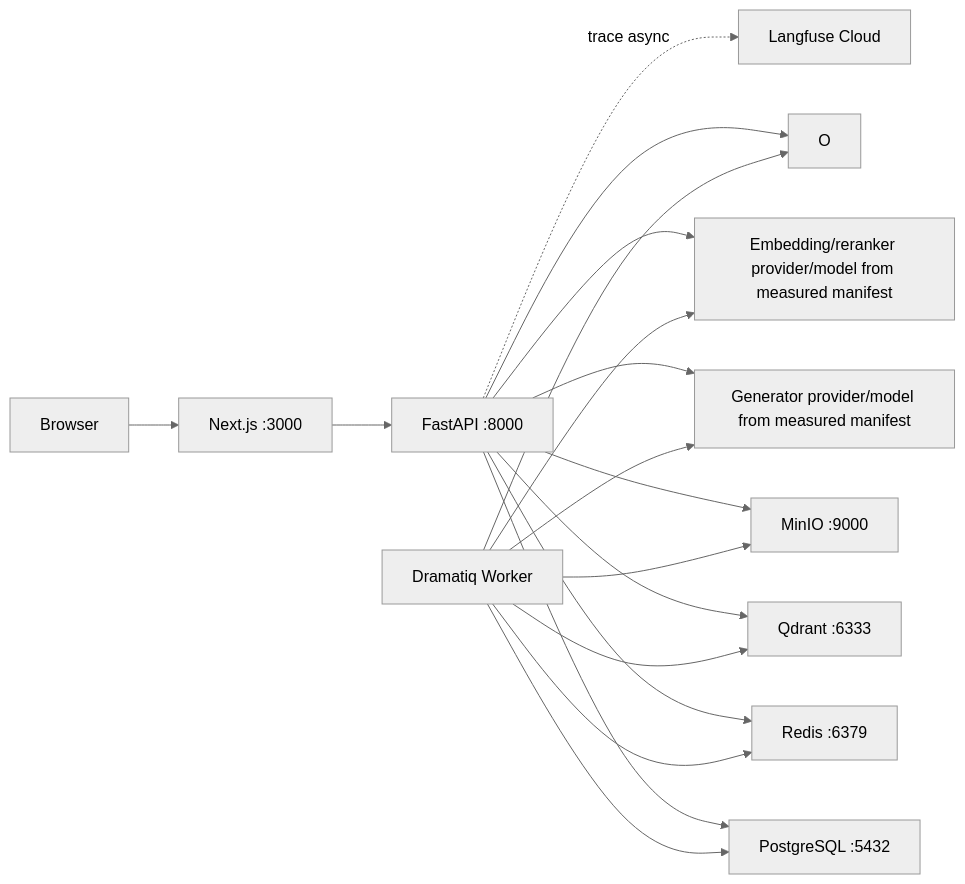
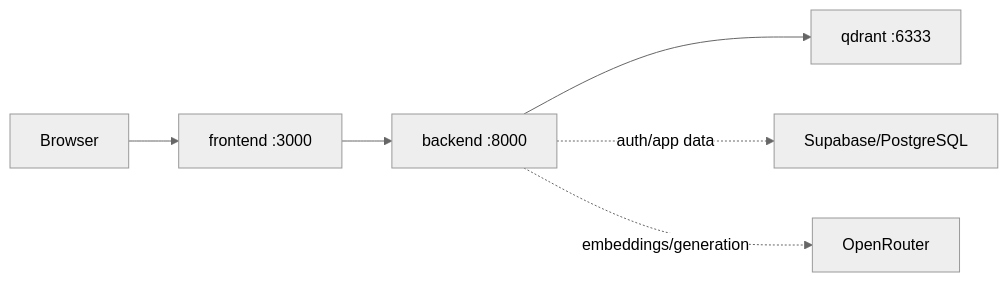
Before and after one commit to PhucTruong-ctrl/vn-traffic-law-RAG: the third of 9 diagrams in docs/03-thiet-ke-he-thong.md, drawn with Mermaid (neutral theme). The commit also changed other lines of this file and 62 other files, not shown here.

First line of the commit message:
Align MVP runtime docs and authenticated chat flow

````diff
--- a/docs/03-thiet-ke-he-thong.md
+++ b/docs/03-thiet-ke-he-thong.md
@@ -196,31 +203,8 @@
 ```mermaid
 graph LR
-    B["Browser"]
-    FE["Next.js :3000"]
-    API["FastAPI :8000"]
-    WK["Dramatiq Worker"]
-    PG["PostgreSQL :5432"]
-    QD["Qdrant :6333"]
-    RD["Redis :6379"]
-    MO["MinIO :9000"]
-    LF["Langfuse Cloud"]
-    LLM["Generator provider/model from measured manifest"]
-    J["Embedding/reranker provider/model from measured manifest"]
-    B --> FE
-    FE --> API
-    API --> PG
-    API --> QD
-    API --> RD
-    API --> MO
-    WK --> RD
-    WK --> PG
-    WK --> QD
-    WK --> MO
-    API --> LLM
-    API --> J
-    WK --> J
-    WK --> LLM
-    API --> O
-    WK --> O
-    API -. "trace async" .-> LF
+    B["Browser"] --> FE["frontend :3000"]
+    FE --> API["backend :8000"]
+    API --> QD["qdrant :6333"]
+    API -. "auth/app data" .-> SB["Supabase/PostgreSQL"]
+    API -. "embeddings/generation" .-> OR["OpenRouter"]
 ```
````
